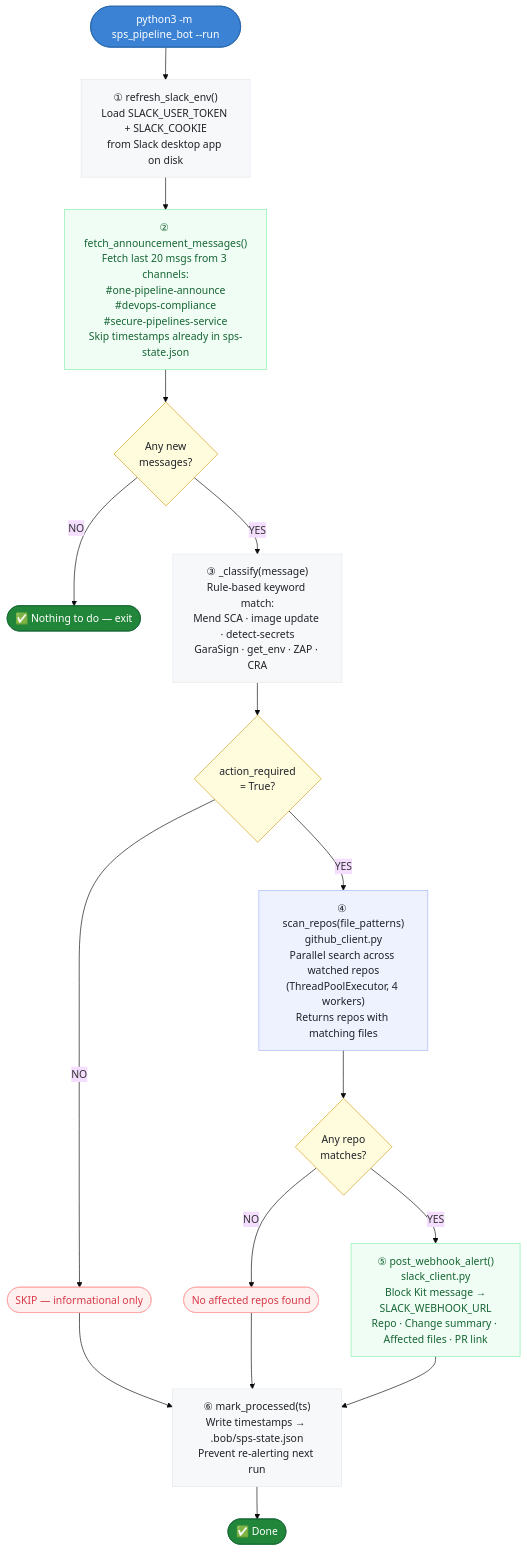
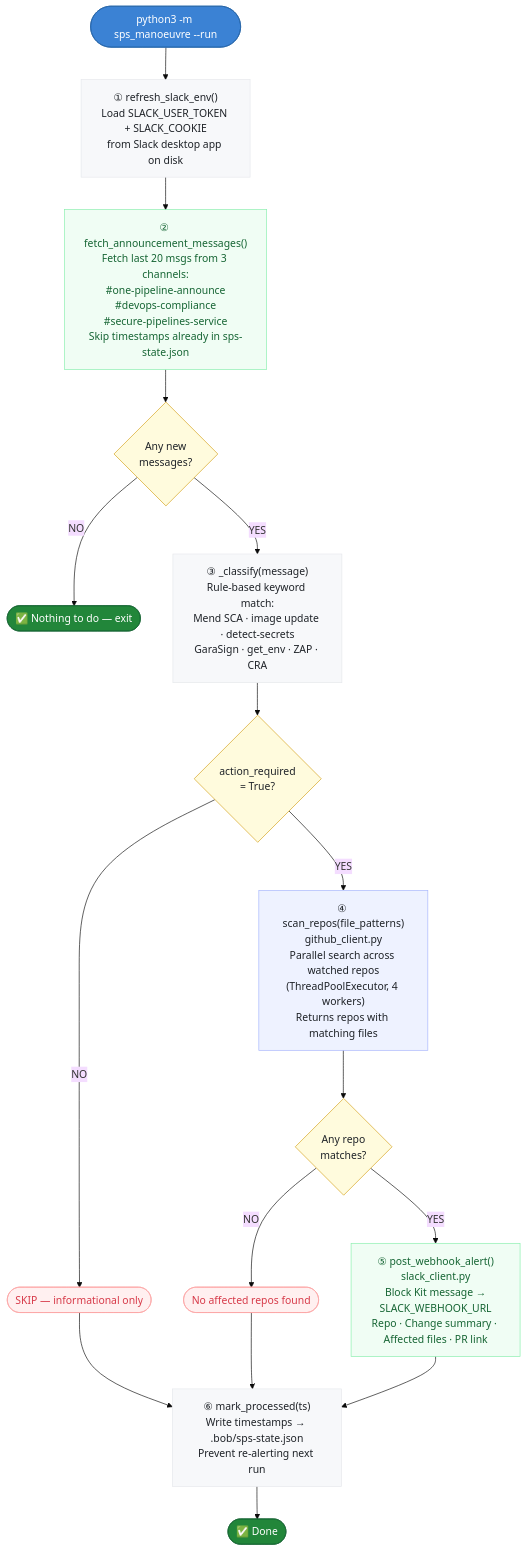
One commit to nushpush/sps-manoeuvre changed the first of 2 diagrams in docs/pipeline_monitor_flow.md. Above: the diagram before and after it, drawn with Mermaid (base theme). The commit also changed other lines of this file and 27 other files, not shown here.

````diff
--- a/docs/pipeline_monitor_flow.md
+++ b/docs/pipeline_monitor_flow.md
@@ -47,51 +47,51 @@
 ```mermaid
 flowchart TD
-    START(["python3 -m sps_pipeline_bot --run"])
+    START(["python3 -m sps_manoeuvre --run"])
 
     A["① refresh_slack_env()\nLoad SLACK_USER_TOKEN + SLACK_COOKIE\nfrom Slack desktop app on disk"]
 
     B["② fetch_announcement_messages()\nFetch last 20 msgs from 3 channels:\n#one-pipeline-announce\n#devops-compliance\n#secure-pipelines-service\nSkip timestamps already in sps-state.json"]
 
     C{"Any new\nmessages?"}
     DONE1(["✅ Nothing to do — exit"])
 
     D["③ _classify(message)\nRule-based keyword match:\nMend SCA · image update · detect-secrets\nGaraSign · get_env · ZAP · CRA"]
 
     E{"action_required\n= True?"}
     SKIP(["SKIP — informational only"])
 
     F["④ scan_repos(file_patterns)\ngithub_client.py\nParallel search across watched repos\n(ThreadPoolExecutor, 4 workers)\nReturns repos with matching files"]
 
     G{"Any repo\nmatches?"}
     NOREPOS(["No affected repos found"])
 
     H["⑤ post_webhook_alert()\nslack_client.py\nBlock Kit message →\nSLACK_WEBHOOK_URL\nRepo · Change summary · Affected files · PR link"]
 
     I["⑥ mark_processed(ts)\nWrite timestamps → .bob/sps-state.json\nPrevent re-alerting next run"]
 
     END(["✅ Done"])
 
     START --> A --> B --> C
     C -- NO --> DONE1
     C -- YES --> D --> E
     E -- NO --> SKIP --> I
     E -- YES --> F --> G
     G -- NO --> NOREPOS --> I
     G -- YES --> H --> I --> END
 
     classDef step     fill:#f7f8fa,stroke:#e5e7eb,color:#1f2328
     classDef decision fill:#fffbdd,stroke:#d4a017,color:#1f2328
     classDef slack    fill:#f0fdf4,stroke:#86efac,color:#166534
     classDef github   fill:#eef2ff,stroke:#a5b4fc,color:#1f2328
     classDef terminal fill:#3b82d4,stroke:#2563a8,color:#ffffff
     classDef done     fill:#22863a,stroke:#166534,color:#ffffff
     classDef skip     fill:#fff0f0,stroke:#fca5a5,color:#d73a49
 
     class A,D,I step
     class C,E,G decision
     class B,H slack
     class F github
     class START terminal
     class END,DONE1 done
     class SKIP,NOREPOS skip
 ```
````
